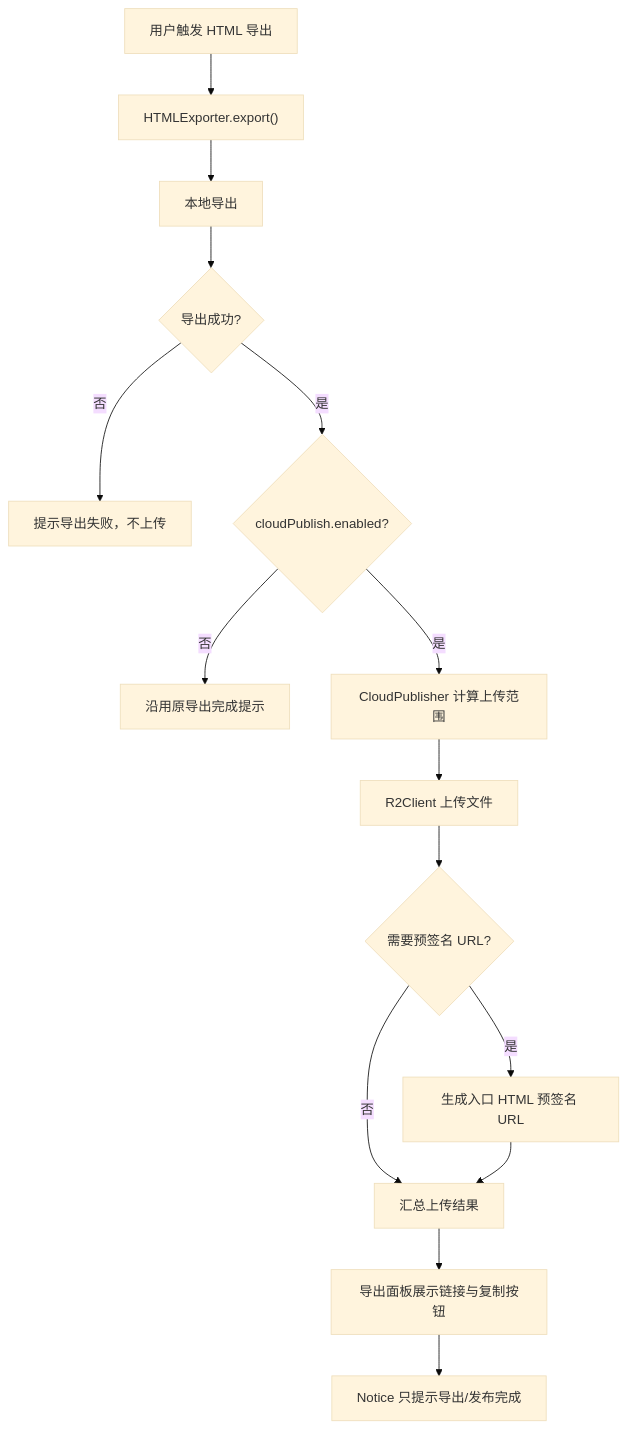
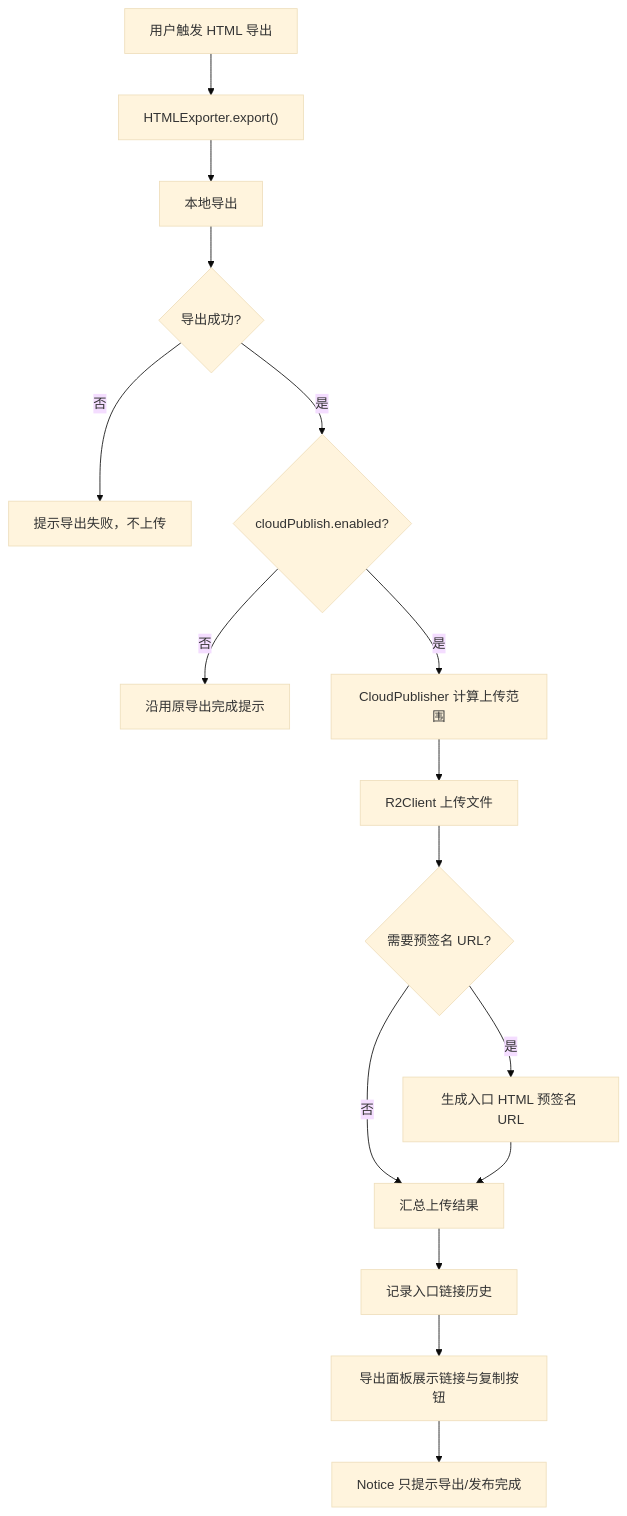
One commit to lhbacxc/obsidian-webpage-export-pro changed the diagram in 项目概览.md. Above: the diagram before and after it, drawn with Mermaid (base theme). The commit also changed other lines of this file and 13 other files, not shown here.

````diff
--- a/项目概览.md
+++ b/项目概览.md
@@ -287,17 +339,18 @@
 ```mermaid
 flowchart TD
   A["用户触发 HTML 导出"] --> B["HTMLExporter.export()"]
   B --> C["本地导出"]
   C --> D{"导出成功?"}
   D -- "否" --> E["提示导出失败，不上传"]
   D -- "是" --> F{"cloudPublish.enabled?"}
   F -- "否" --> G["沿用原导出完成提示"]
   F -- "是" --> H["CloudPublisher 计算上传范围"]
   H --> I["R2Client 上传文件"]
   I --> J{"需要预签名 URL?"}
   J -- "否" --> K["汇总上传结果"]
   J -- "是" --> L["生成入口 HTML 预签名 URL"]
   L --> K
-  K --> M["导出面板展示链接与复制按钮"]
-  M --> N["Notice 只提示导出/发布完成"]
+  K --> M["记录入口链接历史"]
+  M --> N["导出面板展示链接与复制按钮"]
+  N --> O["Notice 只提示导出/发布完成"]
 ```
````
